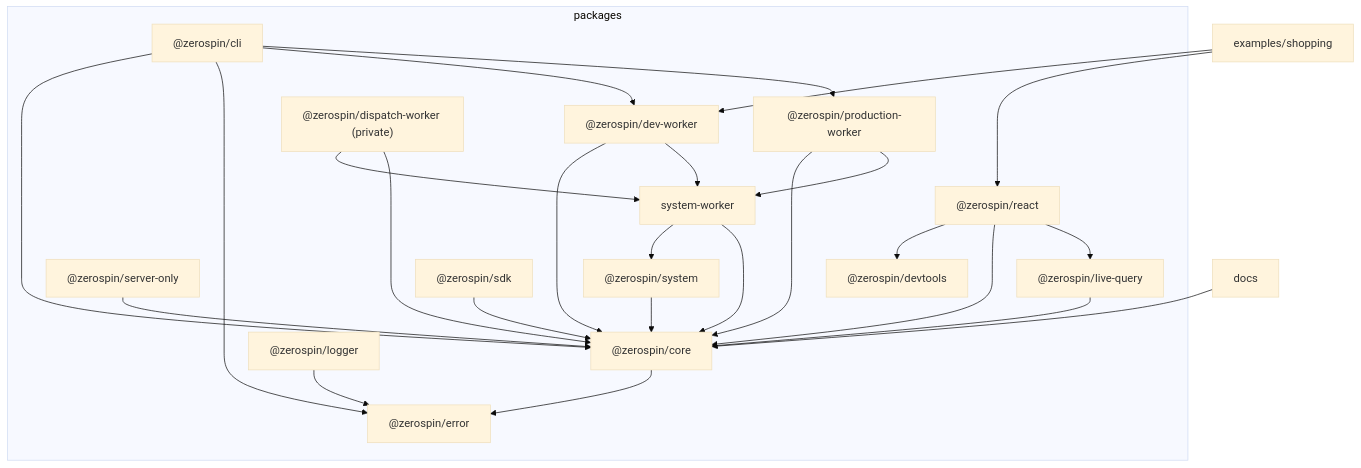
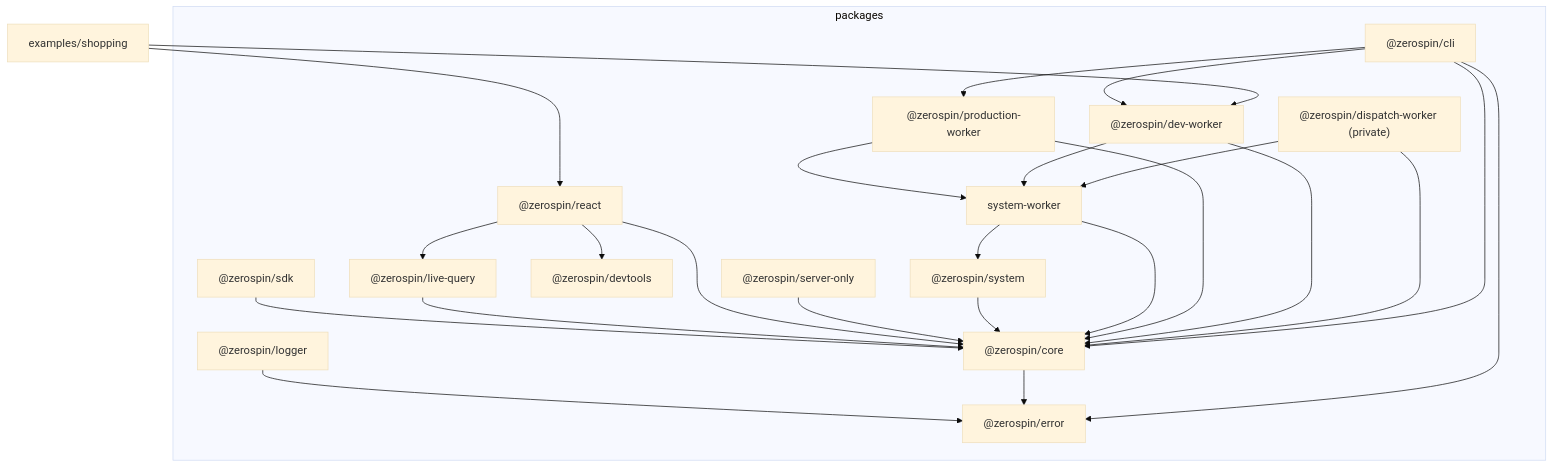
The diagram in README.md (morgs32/qrk.sh), drawn with Mermaid (base theme) before and after one commit. The commit also changed other lines of this file and 15 other files, not shown here.

````diff
--- a/README.md
+++ b/README.md
@@ -23,48 +23,46 @@
 ```mermaid
 flowchart TD
   subgraph packagesLayer["packages"]
     errorPkg["@zerospin/error"]
     corePkg["@zerospin/core"]
     systemPkg["@zerospin/system"]
     systemWorkerPkg["system-worker"]
     devWorkerPkg["@zerospin/dev-worker"]
     productionWorkerPkg["@zerospin/production-worker"]
     dispatchWorkerPkg["@zerospin/dispatch-worker (private)"]
     loggerPkg["@zerospin/logger"]
     serverOnlyPkg["@zerospin/server-only"]
     devtoolsPkg["@zerospin/devtools"]
     liveQueryPkg["@zerospin/live-query"]
     cliPkg["@zerospin/cli"]
     reactPkg["@zerospin/react"]
     sdkPkg["@zerospin/sdk"]
   end
 
-  docs["docs"]
   shopping["examples/shopping"]
 
-  docs --> corePkg
   shopping --> devWorkerPkg
   shopping --> reactPkg
 
   cliPkg --> corePkg
   cliPkg --> errorPkg
   corePkg --> errorPkg
   cliPkg --> devWorkerPkg
   cliPkg --> productionWorkerPkg
   dispatchWorkerPkg --> systemWorkerPkg
   dispatchWorkerPkg --> corePkg
   devWorkerPkg --> corePkg
   devWorkerPkg --> systemWorkerPkg
   productionWorkerPkg --> corePkg
   productionWorkerPkg --> systemWorkerPkg
   systemWorkerPkg --> systemPkg
   systemWorkerPkg --> corePkg
   systemPkg --> corePkg
   loggerPkg --> errorPkg
   serverOnlyPkg --> corePkg
   reactPkg --> devtoolsPkg
   reactPkg --> corePkg
   reactPkg --> liveQueryPkg
   liveQueryPkg --> corePkg
   sdkPkg --> corePkg
 ```
````
